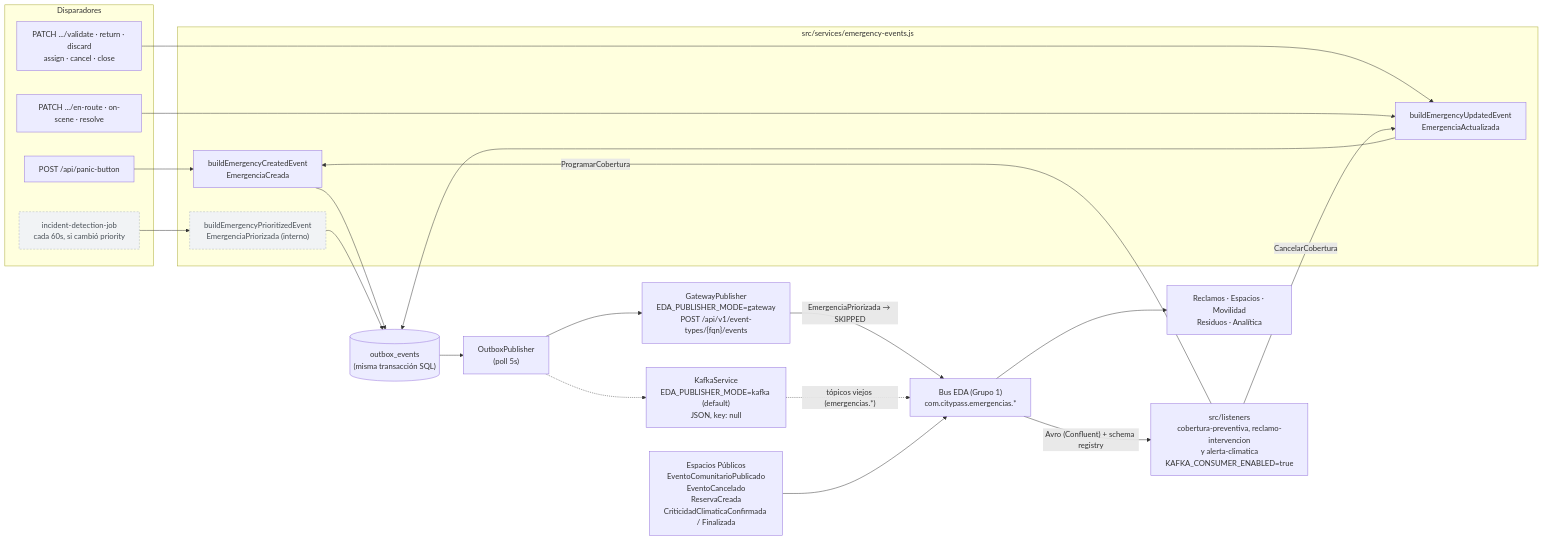
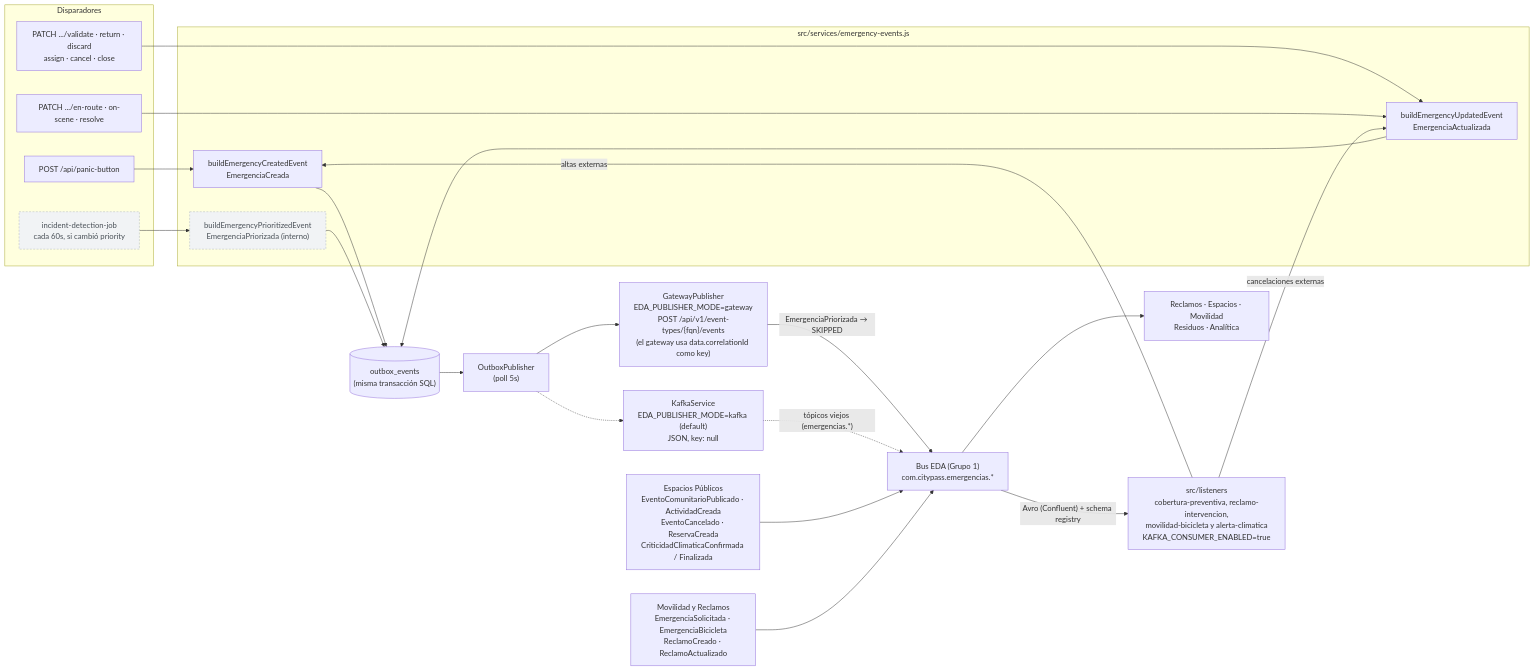
One commit to G6D2/emergencias-backend changed the diagram in docs/diagramas/06-eventos.md. Above: the diagram before and after it, drawn with Mermaid. The commit also changed other lines of this file and 15 other files, not shown here.

First line of the commit message:
docs: corrección de la cátedra (ER a V35, secuencias transversales, orden de eventos, contratos y Postman) (#133)

````diff
--- a/docs/diagramas/06-eventos.md
+++ b/docs/diagramas/06-eventos.md
@@ -11,48 +11,50 @@
 ```mermaid
 flowchart LR
     subgraph triggers["Disparadores"]
         t1["POST /api/panic-button"]
         t2["PATCH .../validate · return · discard<br/>assign · cancel · close"]
         t3["PATCH .../en-route · on-scene · resolve"]
         t4["incident-detection-job<br/>cada 60s, si cambió priority"]:::internal
     end
 
     subgraph builders["src/services/emergency-events.js"]
         e1["buildEmergencyCreatedEvent<br/>EmergenciaCreada"]
         e2["buildEmergencyUpdatedEvent<br/>EmergenciaActualizada"]
         e3["buildEmergencyPrioritizedEvent<br/>EmergenciaPriorizada (interno)"]:::internal
     end
 
     outbox[("outbox_events<br/>(misma transacción SQL)")]
     pub["OutboxPublisher<br/>(poll 5s)"]
-    gw["GatewayPublisher<br/>EDA_PUBLISHER_MODE=gateway<br/>POST /api/v1/event-types/{fqn}/events"]
+    gw["GatewayPublisher<br/>EDA_PUBLISHER_MODE=gateway<br/>POST /api/v1/event-types/{fqn}/events<br/>(el gateway usa data.correlationId como key)"]
     kafkaDirect["KafkaService<br/>EDA_PUBLISHER_MODE=kafka (default)<br/>JSON, key: null"]
     bus["Bus EDA (Grupo 1)<br/>com.citypass.emergencias.*"]
     consumers["Reclamos · Espacios · Movilidad<br/>Residuos · Analítica"]
 
-    espacios["Espacios Públicos<br/>EventoComunitarioPublicado<br/>EventoCancelado<br/>ReservaCreada<br/>CriticidadClimaticaConfirmada / Finalizada"]
-    listeners["src/listeners<br/>cobertura-preventiva, reclamo-intervencion<br/>y alerta-climatica<br/>KAFKA_CONSUMER_ENABLED=true"]
+    espacios["Espacios Públicos<br/>EventoComunitarioPublicado · ActividadCreada<br/>EventoCancelado · ReservaCreada<br/>CriticidadClimaticaConfirmada / Finalizada"]
+    otros["Movilidad y Reclamos<br/>EmergenciaSolicitada · EmergenciaBicicleta<br/>ReclamoCreado · ReclamoActualizado"]
+    listeners["src/listeners<br/>cobertura-preventiva, reclamo-intervencion,<br/>movilidad-bicicleta y alerta-climatica<br/>KAFKA_CONSUMER_ENABLED=true"]
 
     t1 --> e1
     t2 --> e2
     t3 --> e2
     t4 --> e3
-    listeners -->|"ProgramarCobertura"| e1
-    listeners -->|"CancelarCobertura"| e2
+    listeners -->|"altas externas"| e1
+    listeners -->|"cancelaciones externas"| e2
 
     e1 --> outbox
     e2 --> outbox
     e3 --> outbox
 
     outbox --> pub
     pub --> gw
     pub -.-> kafkaDirect
     gw -->|"EmergenciaPriorizada → SKIPPED"| bus
     kafkaDirect -.->|"tópicos viejos (emergencias.*)"| bus
     bus --> consumers
 
     espacios --> bus
+    otros --> bus
     bus -->|"Avro (Confluent) + schema registry"| listeners
 
     classDef internal fill:#f1f3f5,stroke:#adb5bd,color:#495057,stroke-width:1px,stroke-dasharray: 4 3;
 ```
````
